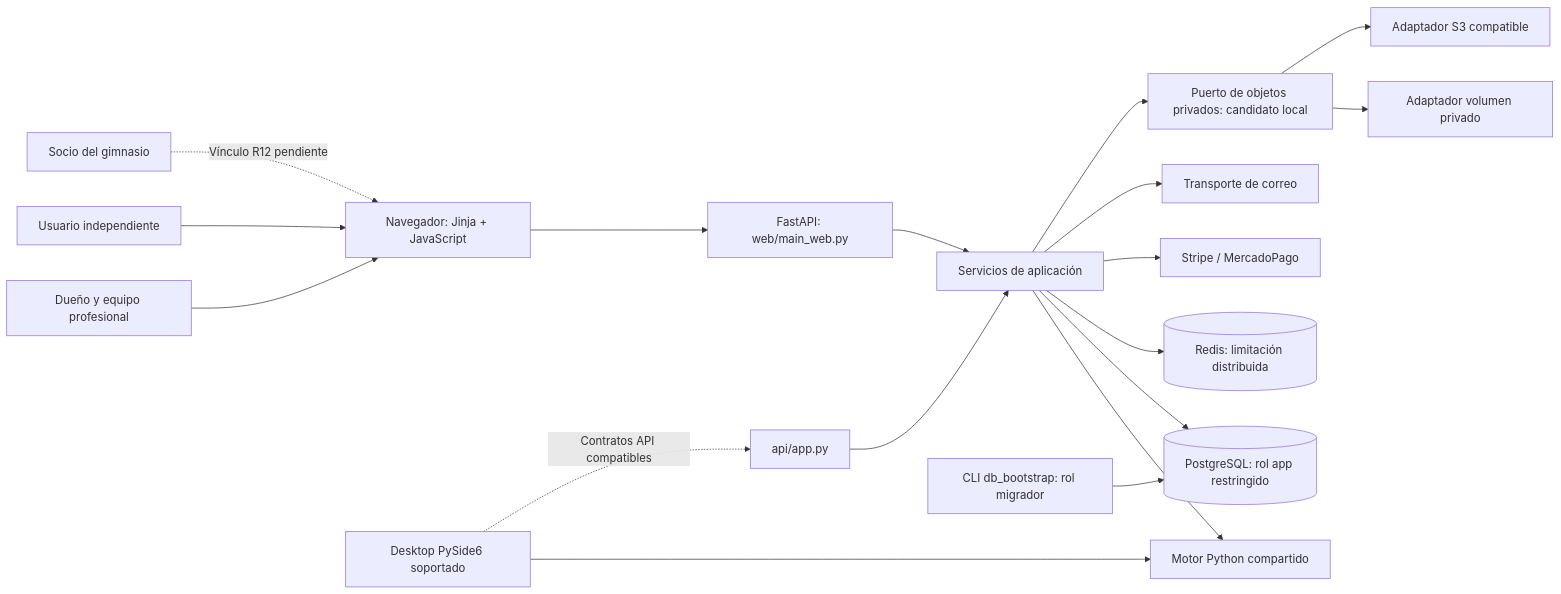
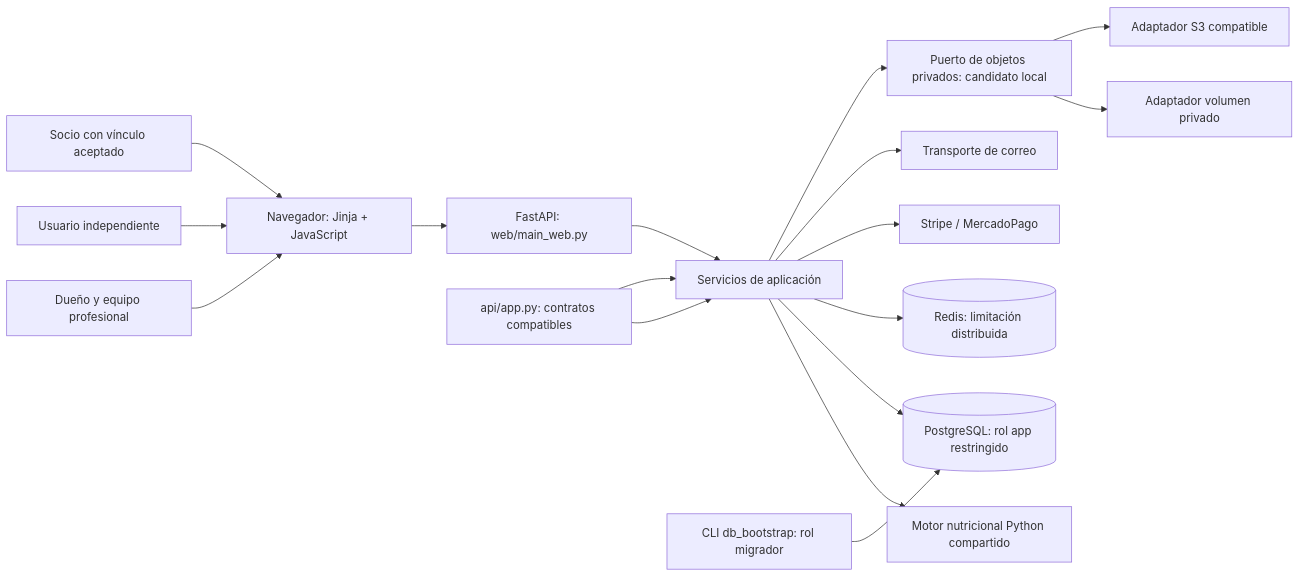
The first of 2 diagrams in docs/implementation/20261018-evolution/ARQUITECTURA_ACTUAL.md (user221000/MetodoBaseWeb), drawn with Mermaid before and after one commit. The commit also changed other lines of this file, not shown here.

Commit message:
docs: reconcile current SaaS architecture with integrated schema37 and web design

````diff
--- a/docs/implementation/20261018-evolution/ARQUITECTURA_ACTUAL.md
+++ b/docs/implementation/20261018-evolution/ARQUITECTURA_ACTUAL.md
@@ -7,20 +7,19 @@
 ```mermaid
 flowchart LR
     Owner[Dueño y equipo profesional] --> Web[Navegador: Jinja + JavaScript]
     Personal[Usuario independiente] --> Web
-    Member[Socio del gimnasio] -. Vínculo R12 pendiente .-> Web
+    Member[Socio con vínculo aceptado] --> Web
     Web --> SaaS[FastAPI: web/main_web.py]
-    Desktop[Desktop PySide6 soportado] --> Engine[Motor Python compartido]
-    Desktop -. Contratos API compatibles .-> API[api/app.py]
+    API[api/app.py: contratos compatibles] --> App
     SaaS --> App[Servicios de aplicación]
     API --> App
-    App --> Engine
+    App --> Engine[Motor nutricional Python compartido]
     App --> PG[(PostgreSQL: rol app restringido)]
     App --> Redis[(Redis: limitación distribuida)]
     App --> Pay[Stripe / MercadoPago]
     App --> Email[Transporte de correo]
     App --> Objects[Puerto de objetos privados: candidato local]
     Objects --> Local[Adaptador volumen privado]
     Objects --> S3[Adaptador S3 compatible]
     Migrator[CLI db_bootstrap: rol migrador] --> PG
 ```
````
